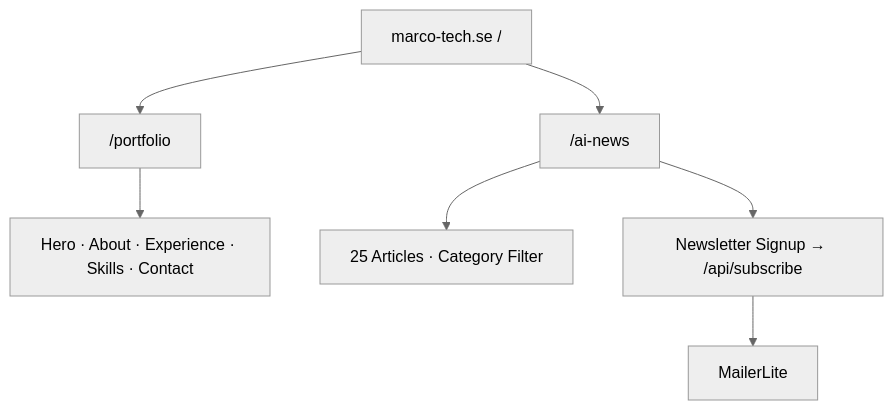
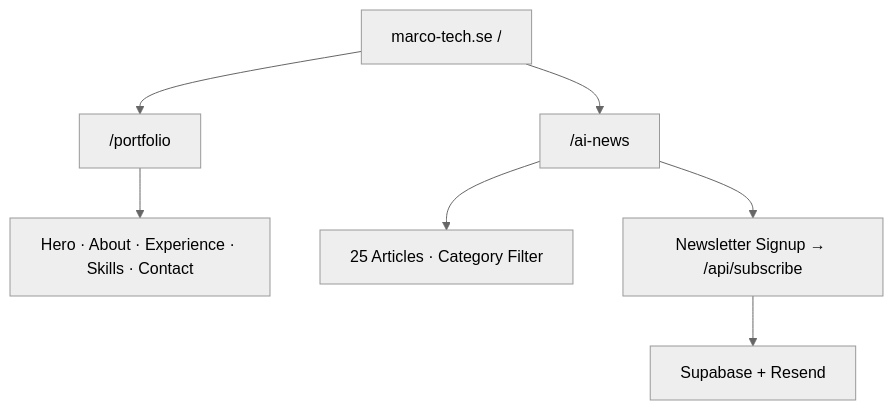
Before and after one commit to Marco-Lundh/marcolundh: the first of 3 diagrams in README.md, drawn with Mermaid (neutral theme). The commit also changed other lines of this file and 17 other files, not shown here.

First line of the commit message:
feat: migrate newsletter from MailerLite to Resend + Supabase

````diff
--- a/README.md
+++ b/README.md
@@ -35,9 +36,9 @@
 ```mermaid
 graph TD
     A["marco-tech.se /"] --> B["/portfolio"]
     A --> C["/ai-news"]
     B --> D["Hero · About · Experience · Skills · Contact"]
     C --> E["25 Articles · Category Filter"]
     C --> F["Newsletter Signup → /api/subscribe"]
-    F --> G["MailerLite"]
+    F --> G["Supabase + Resend"]
 ```
````
